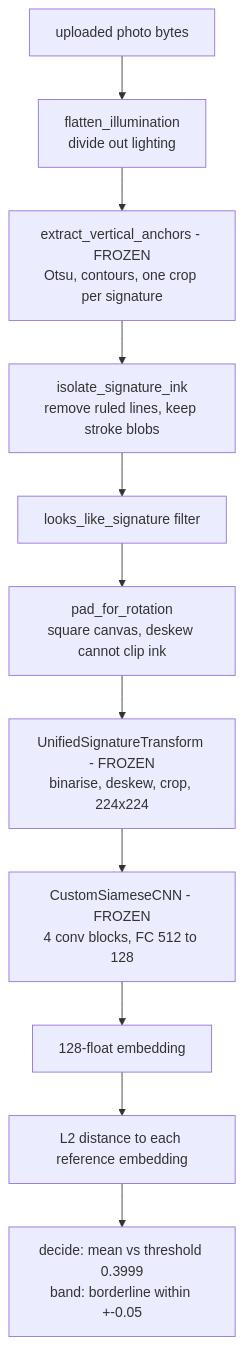
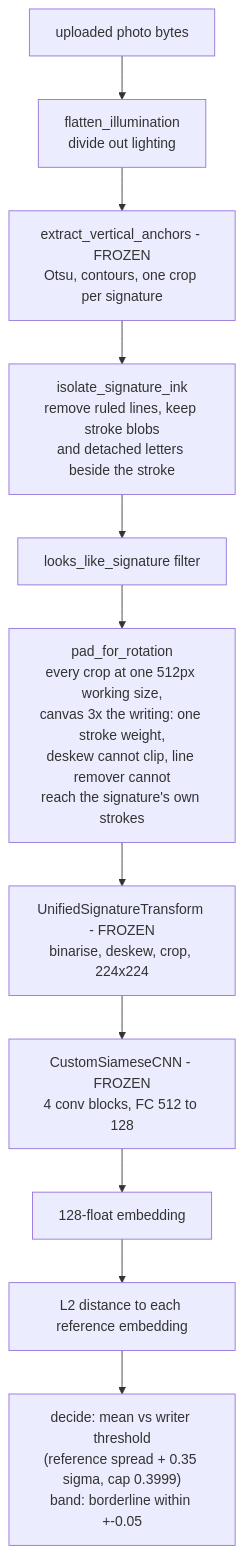
One commit to raz34900/SecureSign changed the seventh of 7 diagrams in ARCHITECTURE.md. Above: the diagram before and after it, drawn with Mermaid. The commit also changed other lines of this file and 2 other files, not shown here.

Commit message:
docs: describe the writer-adaptive threshold and uniform preparation

````diff
--- a/ARCHITECTURE.md
+++ b/ARCHITECTURE.md
@@ -279,13 +285,13 @@
 ```mermaid
 flowchart TD
     RAW["uploaded photo bytes"] --> FL["flatten_illumination<br/>divide out lighting"]
     FL --> AN["extract_vertical_anchors - FROZEN<br/>Otsu, contours, one crop per signature"]
-    AN --> ISO["isolate_signature_ink<br/>remove ruled lines, keep stroke blobs"]
+    AN --> ISO["isolate_signature_ink<br/>remove ruled lines, keep stroke blobs<br/>and detached letters beside the stroke"]
     ISO --> LK["looks_like_signature filter"]
-    LK --> PAD["pad_for_rotation<br/>square canvas, deskew cannot clip ink"]
+    LK --> PAD["pad_for_rotation<br/>every crop at one 512px working size,<br/>canvas 3x the writing: one stroke weight,<br/>deskew cannot clip, line remover cannot<br/>reach the signature's own strokes"]
     PAD --> UT["UnifiedSignatureTransform - FROZEN<br/>binarise, deskew, crop, 224x224"]
     UT --> CNN["CustomSiameseCNN - FROZEN<br/>4 conv blocks, FC 512 to 128"]
     CNN --> EMB["128-float embedding"]
     EMB --> DIST["L2 distance to each reference embedding"]
-    DIST --> DEC["decide: mean vs threshold 0.3999<br/>band: borderline within +-0.05"]
+    DIST --> DEC["decide: mean vs writer threshold<br/>(reference spread + 0.35 sigma, cap 0.3999)<br/>band: borderline within +-0.05"]
 ```
````
